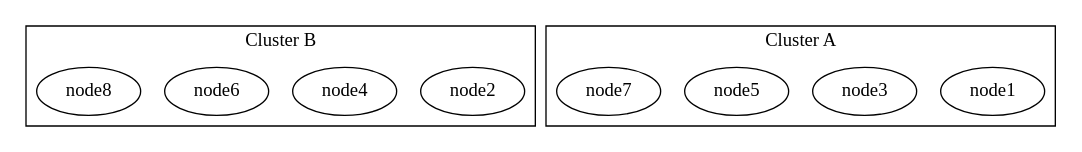
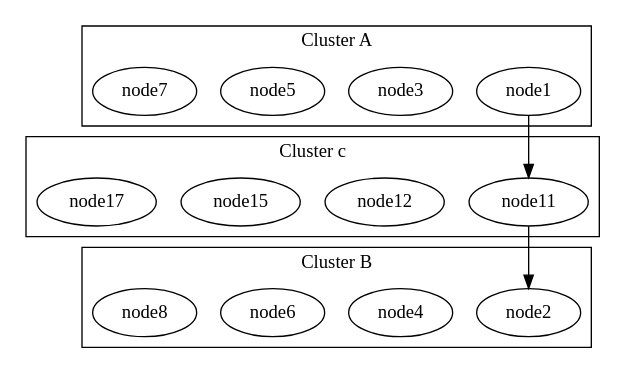
The sixth of 6 diagrams in other/graphviz.md (sisyphus1212/note), drawn with Graphviz before and after one commit.

Commit message:
auto_update

````diff
--- a/other/graphviz.md
+++ b/other/graphviz.md
@@ -76,21 +76,22 @@
 ```graphviz
 digraph {
   rankdir=TB
 
   subgraph cluster_b {
     label="Cluster B";
     {rank=same; node2; node4; node6; node8;}
   }
 
   subgraph cluster_a {
     label="Cluster A";
     {rank=same; node1; node3; node5; node7;}
   }
 
-  subgraph cluster_a {
-    label="Cluster A";
-    {rank=same; node1; node3; node5; node7;}
+  subgraph cluster_c {
+    label="Cluster c";
+    {rank=same; node11; node12; node15; node17;}
   }
-
+  node1 -> node11 []
+  node11 -> node2
 }
 ```
````
